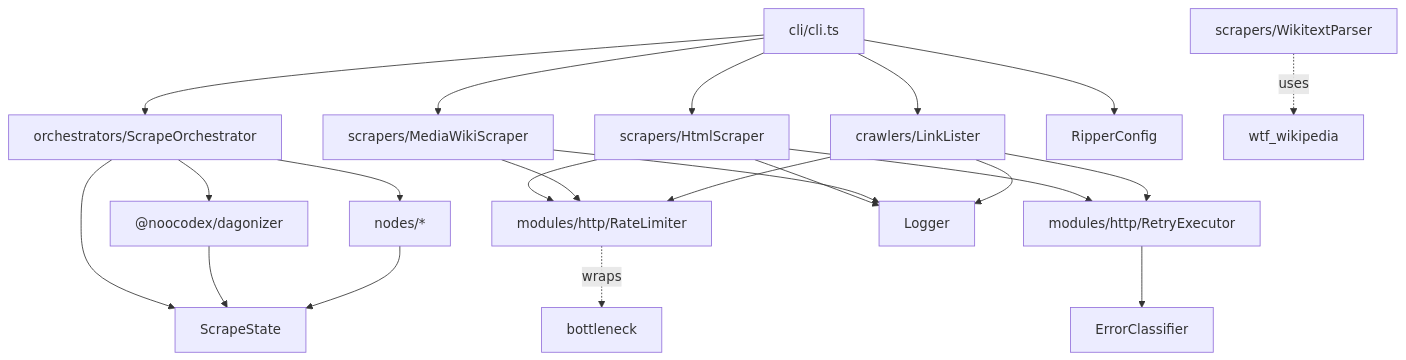
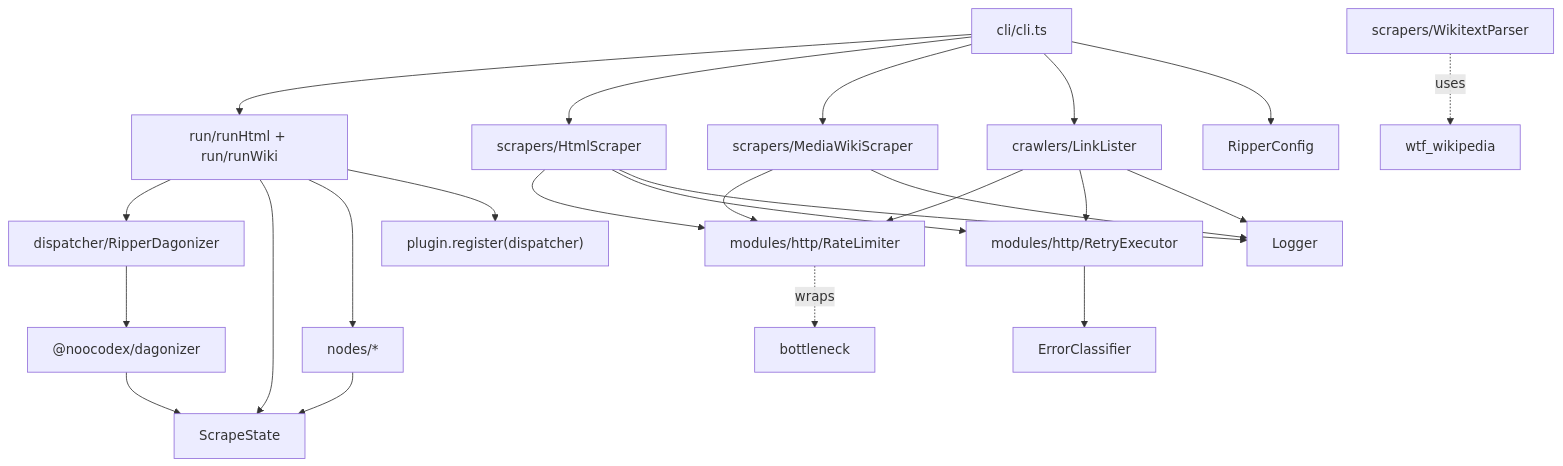
The first of 19 diagrams in docs/architecture.md (Studnicky/PathRipper), drawn with Mermaid before and after one commit. The commit also changed other lines of this file and 6 other files, not shown here.

First line of the commit message:
docs: refresh user docs to 3.x architecture

````diff
--- a/docs/architecture.md
+++ b/docs/architecture.md
@@ -7,31 +7,33 @@
 ```mermaid
 graph TD
-    CLI[cli/cli.ts] --> ScrapeOrchestrator
+    CLI[cli/cli.ts] --> RipperRun
     CLI --> HtmlScraper
     CLI --> MediaWikiScraper
     CLI --> LinkLister
     CLI --> RipperConfig
 
-    ScrapeOrchestrator[orchestrators/ScrapeOrchestrator] --> Dagonizer
-    ScrapeOrchestrator --> ScrapeState
-    ScrapeOrchestrator --> BuiltinNodes
+    RipperRun[run/runHtml + run/runWiki] --> RipperDagonizer
+    RipperRun --> ScrapeState
+    RipperRun --> BuiltinNodes
+    RipperRun --> PluginRegister["plugin.register(dispatcher)"]
 
+    RipperDagonizer[dispatcher/RipperDagonizer] --> Dagonizer
     Dagonizer["@noocodex/dagonizer"] --> ScrapeState
 
     BuiltinNodes[nodes/*] --> ScrapeState
 
     HtmlScraper[scrapers/HtmlScraper] --> RateLimiter
     HtmlScraper --> RetryExecutor
     HtmlScraper --> Logger
 
     MediaWikiScraper[scrapers/MediaWikiScraper] --> RateLimiter
     MediaWikiScraper --> Logger
     WikitextParser[scrapers/WikitextParser] -.uses.-> wtf_wikipedia
 
     LinkLister[crawlers/LinkLister] --> RateLimiter
     LinkLister --> RetryExecutor
     LinkLister --> Logger
 
     RetryExecutor[modules/http/RetryExecutor] --> ErrorClassifier
     RateLimiter[modules/http/RateLimiter] -.wraps.-> bottleneck
 ```
````
